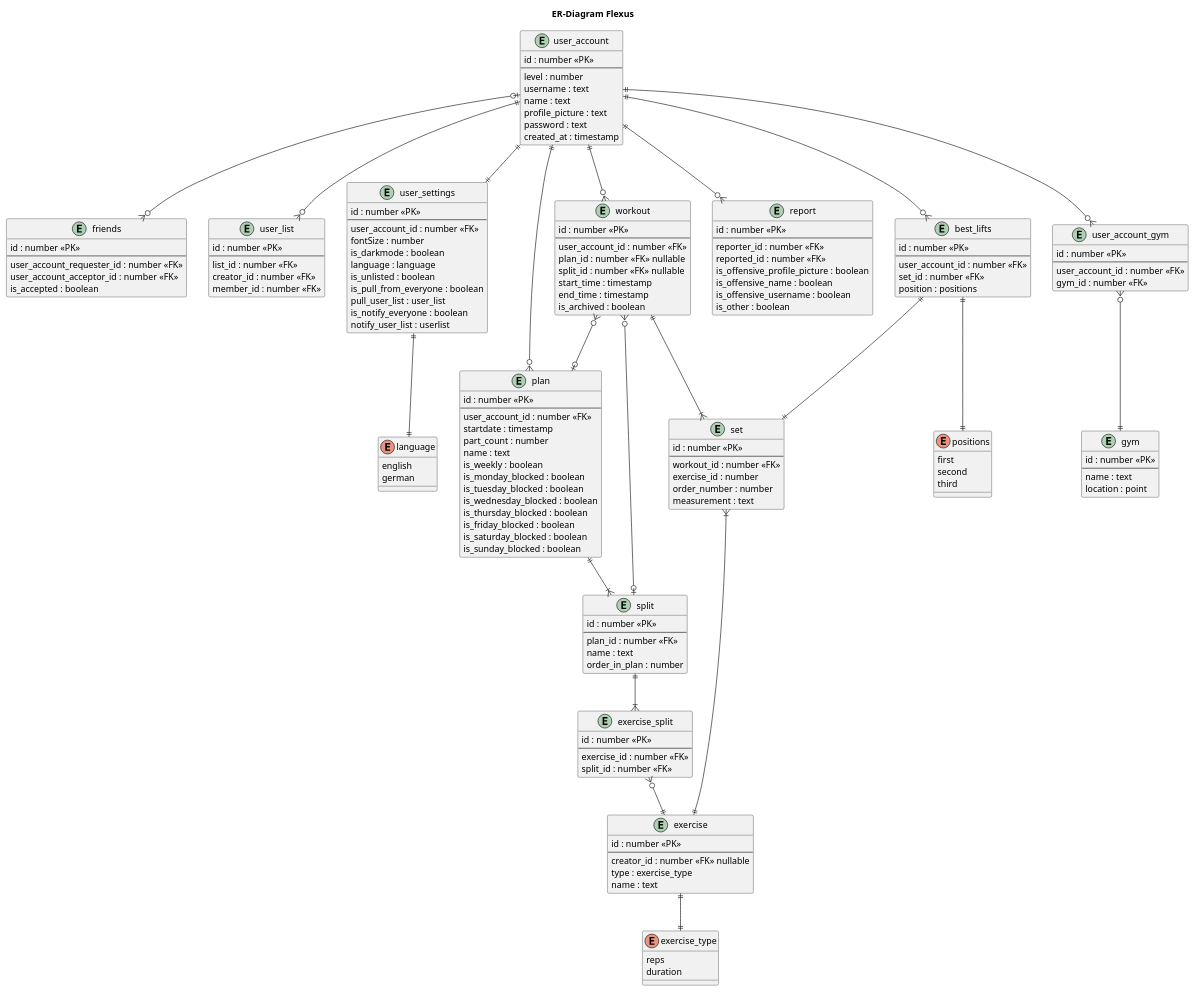
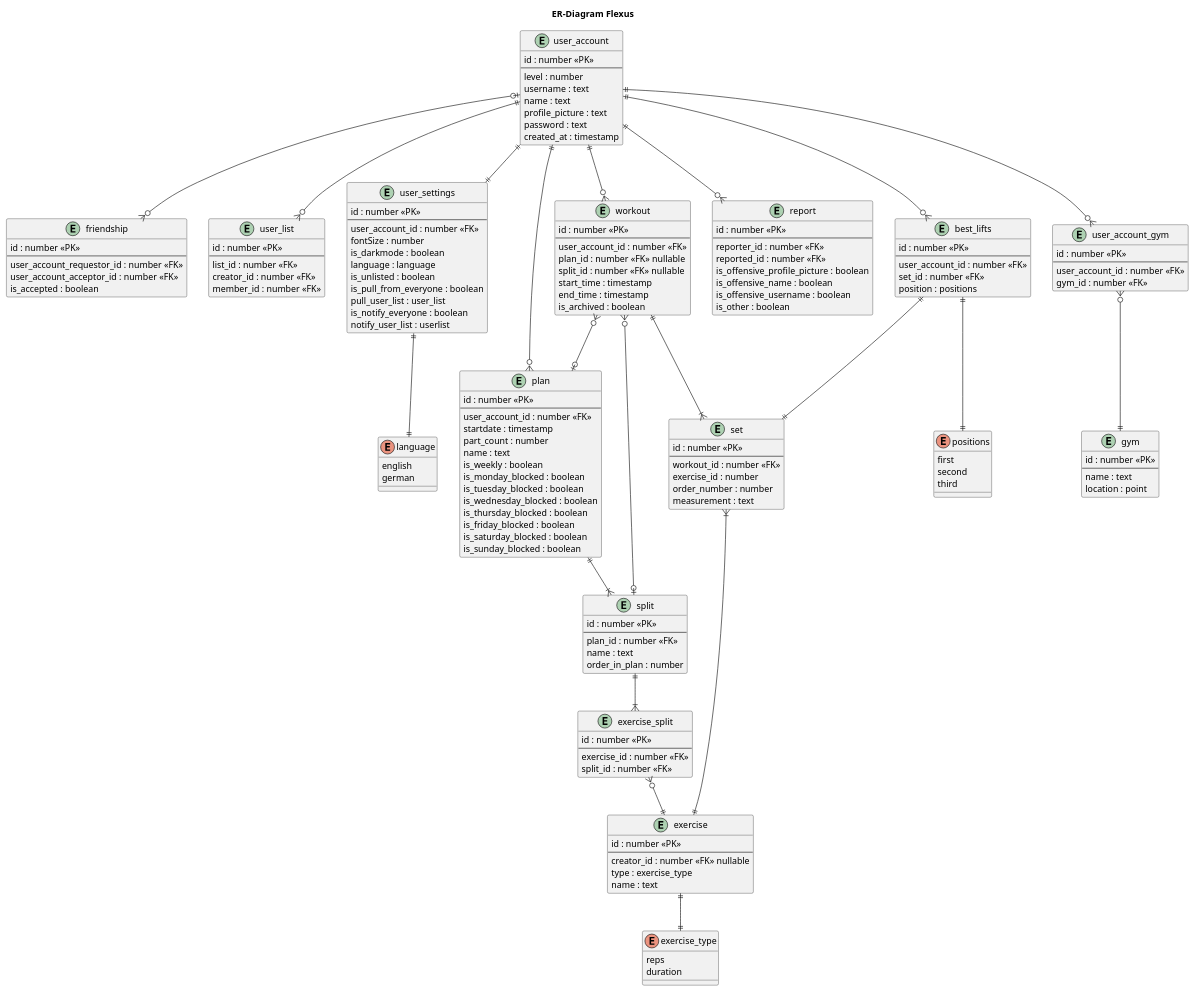
One commit to danielholzwarth/flexus changed the diagram in backend/docs/er-diagram-postgres.plantuml. Above: the diagram before and after it, drawn with PlantUML. The commit also changed 19 other files, not shown here.

Commit message:
feat: change friends to friendship and implement postFriendship with existence check

```diff
--- a/backend/docs/er-diagram-postgres.plantuml
+++ b/backend/docs/er-diagram-postgres.plantuml
@@ -1,178 +1,178 @@
 @startuml test
 title ER-Diagram Flexus
 
 entity user_account {
     id : number <<PK>>
     --
     level : number
     username : text
     name : text
     profile_picture : text
     password : text
     created_at : timestamp
 }
 
-entity friends {
+entity friendship {
     id : number <<PK>>
     --
-    user_account_requester_id : number <<FK>>
+    user_account_requestor_id : number <<FK>>
     user_account_acceptor_id : number <<FK>>
     is_accepted : boolean
 }
 
 entity user_list {
     id : number <<PK>>
     --
     list_id : number <<FK>>
     creator_id : number <<FK>>
     member_id : number <<FK>>
 }
 
 
 entity user_settings {
     id : number <<PK>>
     --
     user_account_id : number <<FK>>
     fontSize : number
     is_darkmode : boolean
     language : language
     is_unlisted : boolean
     is_pull_from_everyone : boolean
     pull_user_list : user_list
     is_notify_everyone : boolean
     notify_user_list : userlist
 }
 
 entity plan {
     id : number <<PK>>
     --
     user_account_id : number <<FK>>
     startdate : timestamp
     part_count : number
     name : text
     is_weekly : boolean
     is_monday_blocked : boolean
     is_tuesday_blocked : boolean
     is_wednesday_blocked : boolean
     is_thursday_blocked : boolean
     is_friday_blocked : boolean
     is_saturday_blocked : boolean
     is_sunday_blocked : boolean
 }
 
 entity split {
     id : number <<PK>>
     --
     plan_id : number <<FK>>
     name : text
     order_in_plan : number
 }
 
 entity exercise {
     id : number <<PK>>
     --
     creator_id : number <<FK>> nullable
     type : exercise_type
     name : text
 }
 
 entity set {
     id : number <<PK>>
     --
     workout_id : number <<FK>>
     exercise_id : number
     order_number : number
     measurement : text
 }
 
 entity workout {
     id : number <<PK>>
     --
     user_account_id : number <<FK>>
     plan_id : number <<FK>> nullable
     split_id : number <<FK>> nullable
     start_time : timestamp
     end_time : timestamp
     is_archived : boolean
 }
 
 entity gym {
     id : number <<PK>>
     --
     name : text
     location : point
 }
 
 entity report {
     id : number <<PK>>
     --
     reporter_id : number <<FK>>
     reported_id : number <<FK>>
     is_offensive_profile_picture : boolean
     is_offensive_name : boolean
     is_offensive_username : boolean
     is_other : boolean
 }
 
 entity user_account_gym {
     id : number <<PK>>
     --
     user_account_id : number <<FK>>
     gym_id : number <<FK>>
 }
 
 entity exercise_split {
     id : number <<PK>>
     --
     exercise_id : number <<FK>>
     split_id : number <<FK>>
 }
 
 entity best_lifts {
     id : number <<PK>>
     --
     user_account_id : number <<FK>>
     set_id : number <<FK>>
     position : positions
 }
 
 enum exercise_type {
     reps
     duration
 }
 
 
 enum language {
     english
     german
 }
 
 enum positions {
     first
     second
     third
 }
 
 
 user_account ||--|| user_settings
 user_account ||--o{ user_account_gym
 user_account_gym }o--|| gym 
-user_account |o--o{ friends
+user_account |o--o{ friendship
 user_account ||--o{ user_list
 user_account ||--o{ workout 
 user_account ||--o{ report 
 user_account ||--o{ best_lifts
 user_settings ||--|| language
 best_lifts ||--|| set
 best_lifts ||--|| positions
 exercise ||--|| exercise_type
 user_account ||--o{ plan
 plan ||--|{ split
 split ||--|{ exercise_split
 exercise_split }o--|| exercise
 set }|--|| exercise
 workout }o--o| plan
 workout }o--o| split
 workout ||--|{ set
 
 @enduml
```
